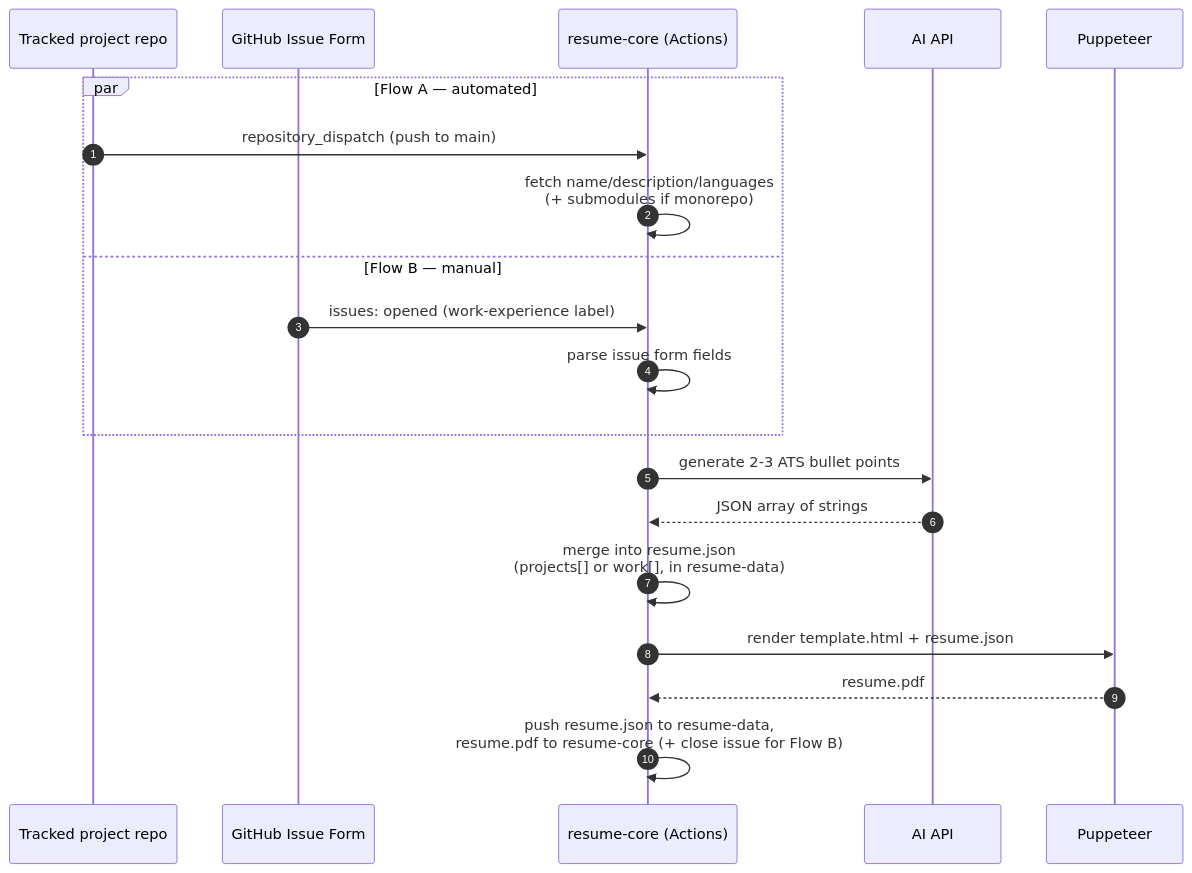
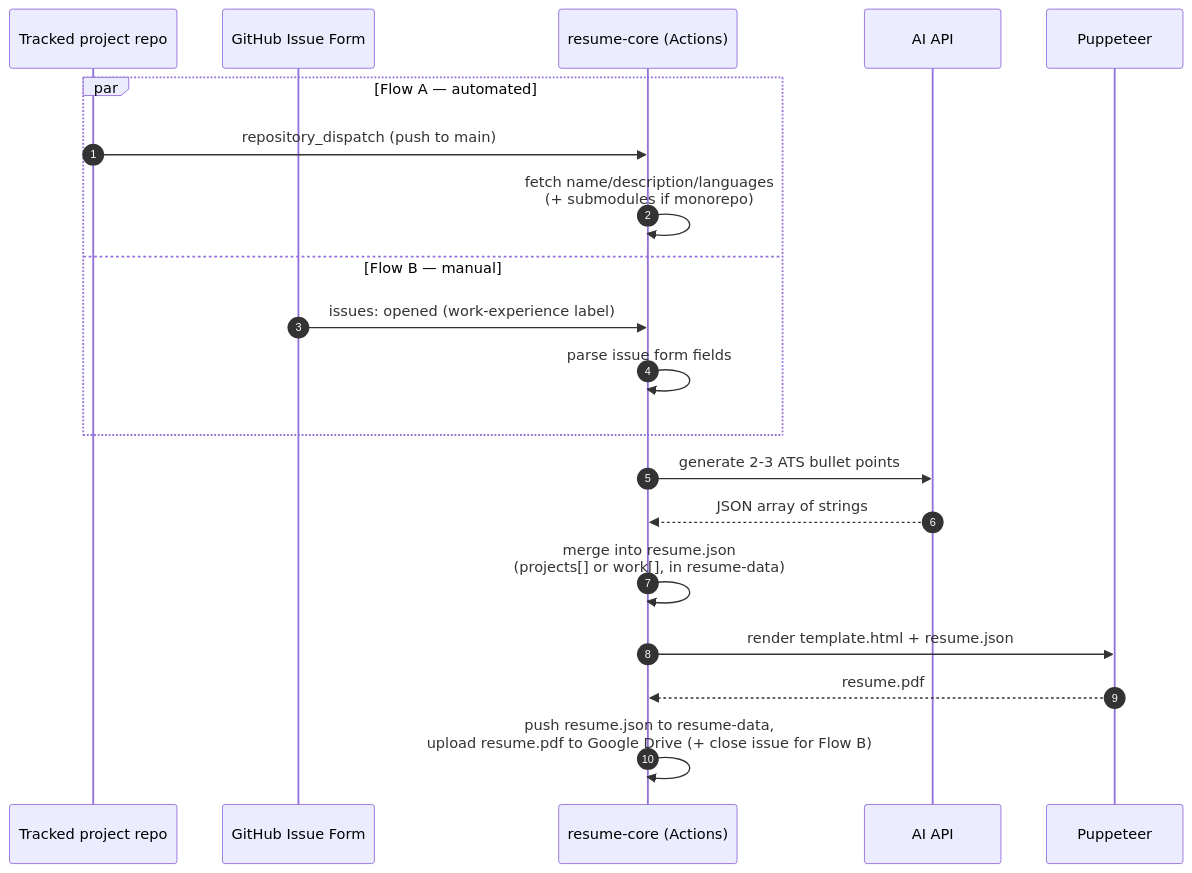
One commit to ChamathDilshanC/resume-core changed the diagram in README.md. Above: the diagram before and after it, drawn with Mermaid. The commit also changed other lines of this file and 8 other files, not shown here.

First line of the commit message:
feat: upload resume.pdf to Google Drive instead of committing it

````diff
--- a/README.md
+++ b/README.md
@@ -37,23 +38,23 @@
 ```mermaid
 sequenceDiagram
     autonumber
     participant Repo as Tracked project repo
     participant Issue as GitHub Issue Form
     participant Core as resume-core (Actions)
     participant AI as AI API
     participant PDF as Puppeteer
 
     par Flow A — automated
         Repo->>Core: repository_dispatch (push to main)
         Core->>Core: fetch name/description/languages<br/>(+ submodules if monorepo)
     and Flow B — manual
         Issue->>Core: issues: opened (work-experience label)
         Core->>Core: parse issue form fields
     end
     Core->>AI: generate 2-3 ATS bullet points
     AI-->>Core: JSON array of strings
     Core->>Core: merge into resume.json<br/>(projects[] or work[], in resume-data)
     Core->>PDF: render template.html + resume.json
     PDF-->>Core: resume.pdf
-    Core->>Core: push resume.json to resume-data,<br/>resume.pdf to resume-core (+ close issue for Flow B)
+    Core->>Core: push resume.json to resume-data,<br/>upload resume.pdf to Google Drive (+ close issue for Flow B)
 ```
````
